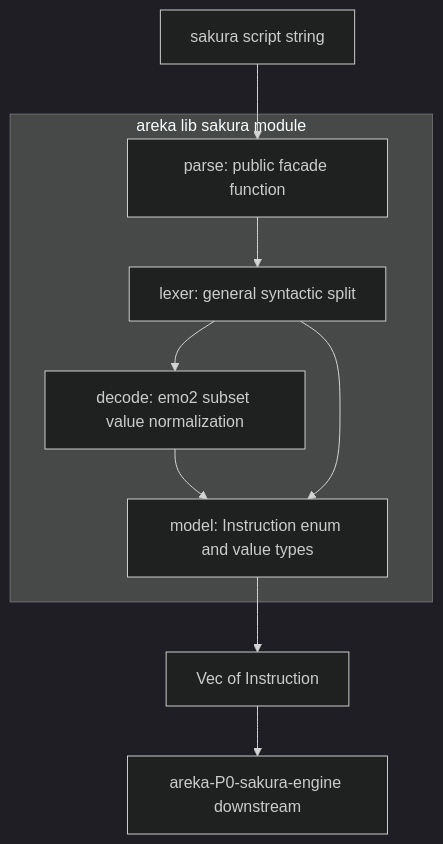
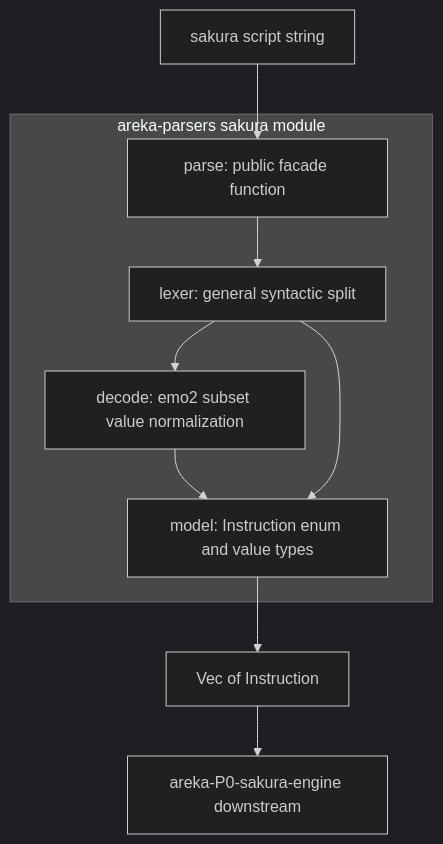
One commit to ekicyou/areka changed the first of 2 diagrams in .kiro/specs/areka-P0-sakura-parse/design.md. Above: the diagram before and after it, drawn with Mermaid (dark theme). The commit also changed other lines of this file and 1 other file, not shown here.

Commit message:
docs(areka-P0-sakura-parse): resolve design discussion #1 - 配置を専用クレートareka-parsersへ(Option C2)・I/O契約アクセサ追加

````diff
--- a/.kiro/specs/areka-P0-sakura-parse/design.md
+++ b/.kiro/specs/areka-P0-sakura-parse/design.md
@@ -82,20 +82,20 @@
 ```mermaid
 graph TB
     Input[sakura script string]
-    subgraph sakura_module[areka lib sakura module]
+    subgraph sakura_module[areka-parsers sakura module]
         Lexer[lexer: general syntactic split]
         Decode[decode: emo2 subset value normalization]
         Model[model: Instruction enum and value types]
         Parse[parse: public facade function]
     end
     Output[Vec of Instruction]
     Engine[areka-P0-sakura-engine downstream]
 
     Input --> Parse
     Parse --> Lexer
     Lexer --> Decode
     Decode --> Model
     Model --> Output
     Output --> Engine
     Lexer --> Model
 ```
````
